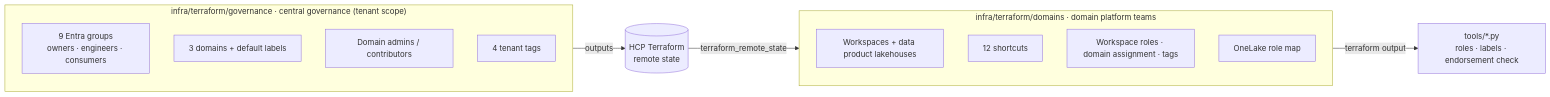
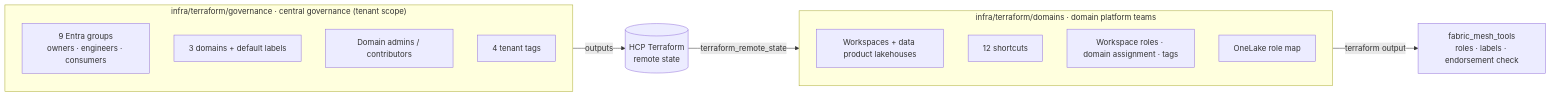
One commit to felipecastro-data/fabric-domain-architecture-purview-governance changed the second of 4 diagrams in README.md. Above: the diagram before and after it, drawn with Mermaid. The commit also changed other lines of this file and 37 other files, not shown here.

````diff
--- a/README.md
+++ b/README.md
@@ -56,18 +56,18 @@
 ```mermaid
 flowchart LR
     subgraph GOV["infra/terraform/governance · central governance (tenant scope)"]
         GR["9 Entra groups<br/>owners · engineers · consumers"]
         DO["3 domains + default labels"]
         DR["Domain admins / contributors"]
         TG["4 tenant tags"]
     end
     subgraph DOM["infra/terraform/domains · domain platform teams"]
         WS["Workspaces + data product lakehouses"]
         SC["12 shortcuts"]
         RA["Workspace roles · domain assignment · tags"]
         OR["OneLake role map"]
     end
     HCP[("HCP Terraform<br/>remote state")]
     GOV -- outputs --> HCP -- terraform_remote_state --> DOM
-    DOM -- "terraform output" --> T["tools/*.py<br/>roles · labels · endorsement check"]
+    DOM -- "terraform output" --> T["fabric_mesh_tools<br/>roles · labels · endorsement check"]
 ```
````
